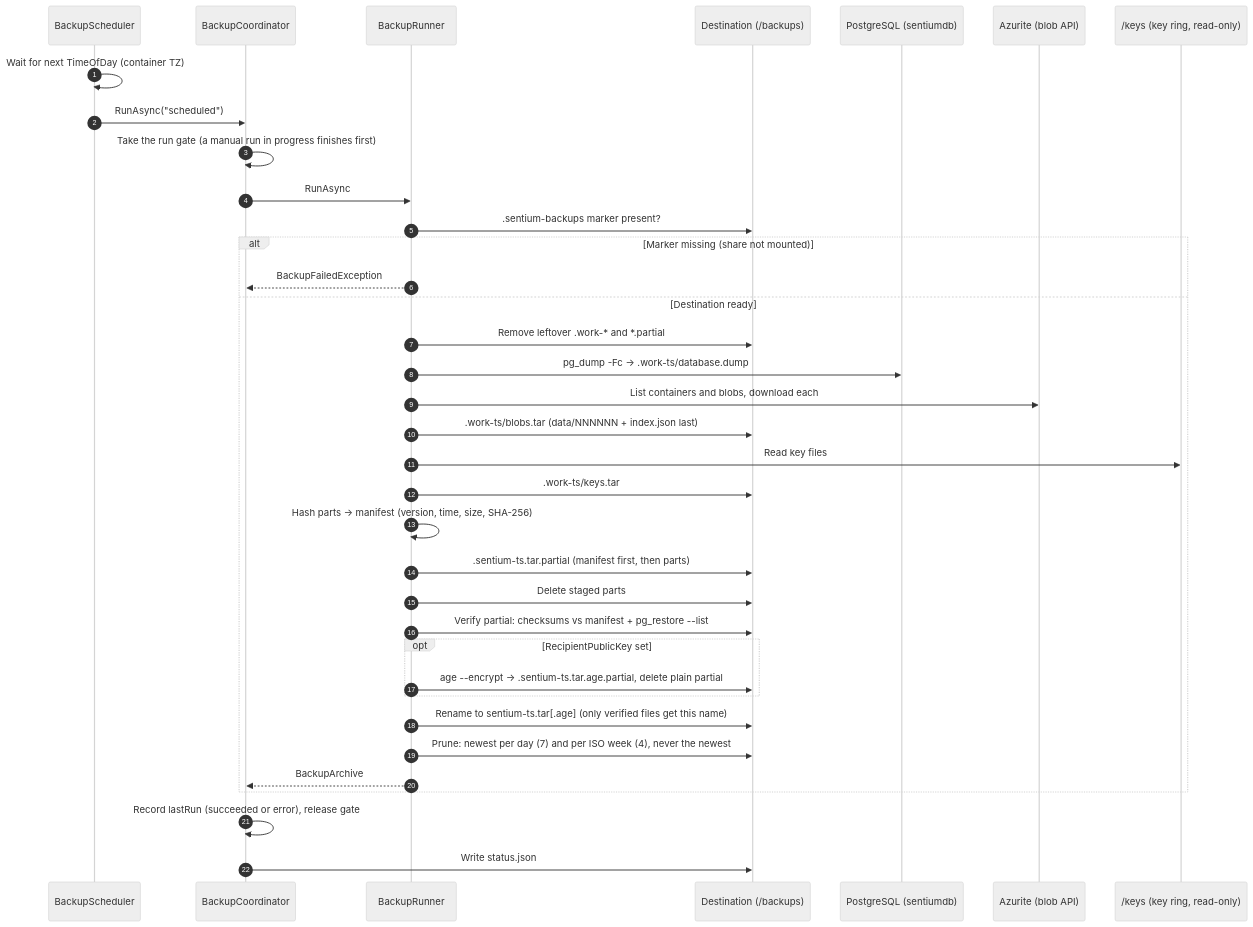
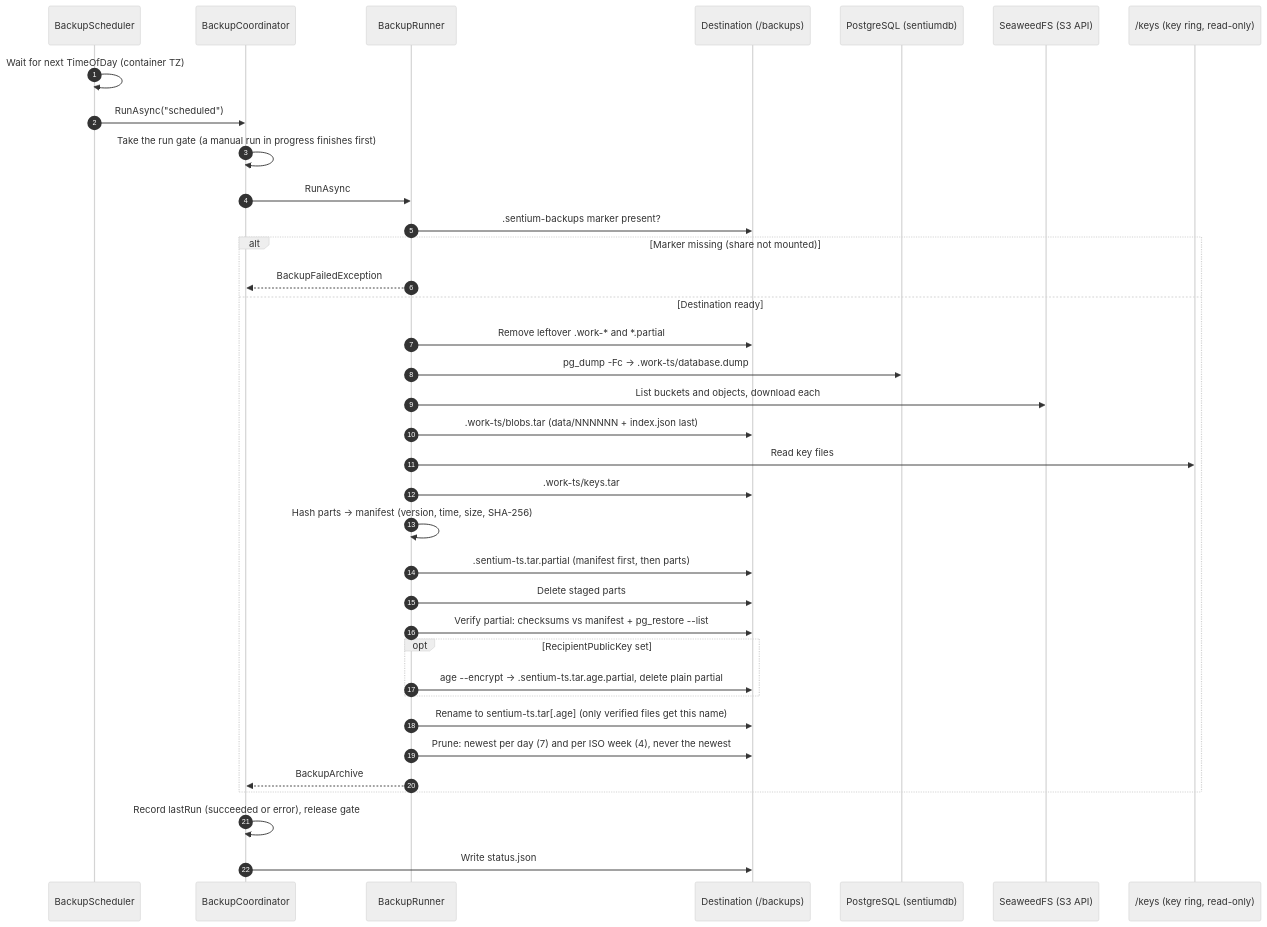
One commit to mihailshterev/sentium changed the diagram in docs/diagrams/backup-1-backup-run.md. Above: the diagram before and after it, drawn with Mermaid (neutral theme). The commit also changed 78 other files, not shown here.

Commit message:
feat(storage): replace Azurite with SeaweedFS behind a vendor-neutral S3 object store (#196)

````diff
--- a/docs/diagrams/backup-1-backup-run.md
+++ b/docs/diagrams/backup-1-backup-run.md
@@ -1,39 +1,39 @@
 ```mermaid
 sequenceDiagram
     autonumber
     participant SCH as BackupScheduler
     participant CO as BackupCoordinator
     participant BR as BackupRunner
     participant DST as Destination (/backups)
     participant PG as PostgreSQL (sentiumdb)
-    participant AZ as Azurite (blob API)
+    participant AZ as SeaweedFS (S3 API)
     participant K as /keys (key ring, read-only)
 
     SCH->>SCH: Wait for next TimeOfDay (container TZ)
     SCH->>CO: RunAsync("scheduled")
     CO->>CO: Take the run gate (a manual run in progress finishes first)
     CO->>BR: RunAsync
     BR->>DST: .sentium-backups marker present?
     alt Marker missing (share not mounted)
         BR-->>CO: BackupFailedException
     else Destination ready
         BR->>DST: Remove leftover .work-* and *.partial
         BR->>PG: pg_dump -Fc → .work-ts/database.dump
-        BR->>AZ: List containers and blobs, download each
+        BR->>AZ: List buckets and objects, download each
         BR->>DST: .work-ts/blobs.tar (data/NNNNNN + index.json last)
         BR->>K: Read key files
         BR->>DST: .work-ts/keys.tar
         BR->>BR: Hash parts → manifest (version, time, size, SHA-256)
         BR->>DST: .sentium-ts.tar.partial (manifest first, then parts)
         BR->>DST: Delete staged parts
         BR->>DST: Verify partial: checksums vs manifest + pg_restore --list
         opt RecipientPublicKey set
             BR->>DST: age --encrypt → .sentium-ts.tar.age.partial, delete plain partial
         end
         BR->>DST: Rename to sentium-ts.tar[.age] (only verified files get this name)
         BR->>DST: Prune: newest per day (7) and per ISO week (4), never the newest
         BR-->>CO: BackupArchive
     end
     CO->>CO: Record lastRun (succeeded or error), release gate
     CO->>DST: Write status.json
 ```
````
